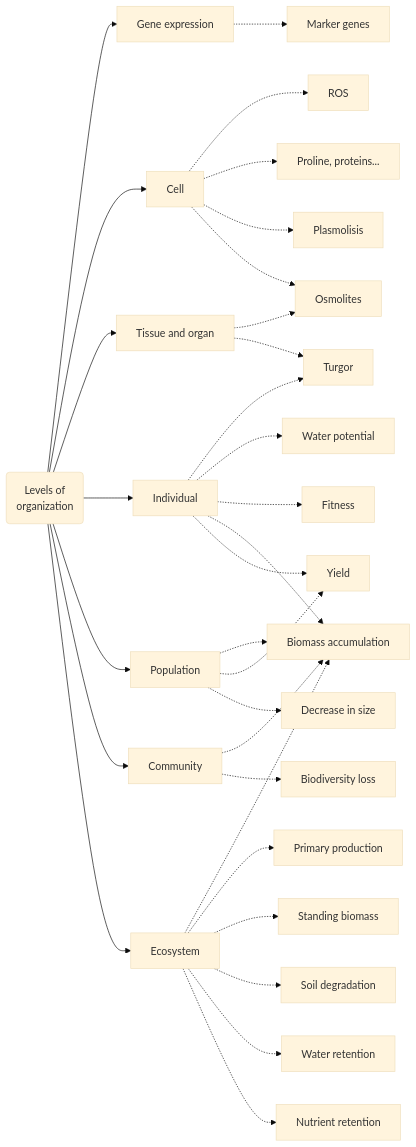
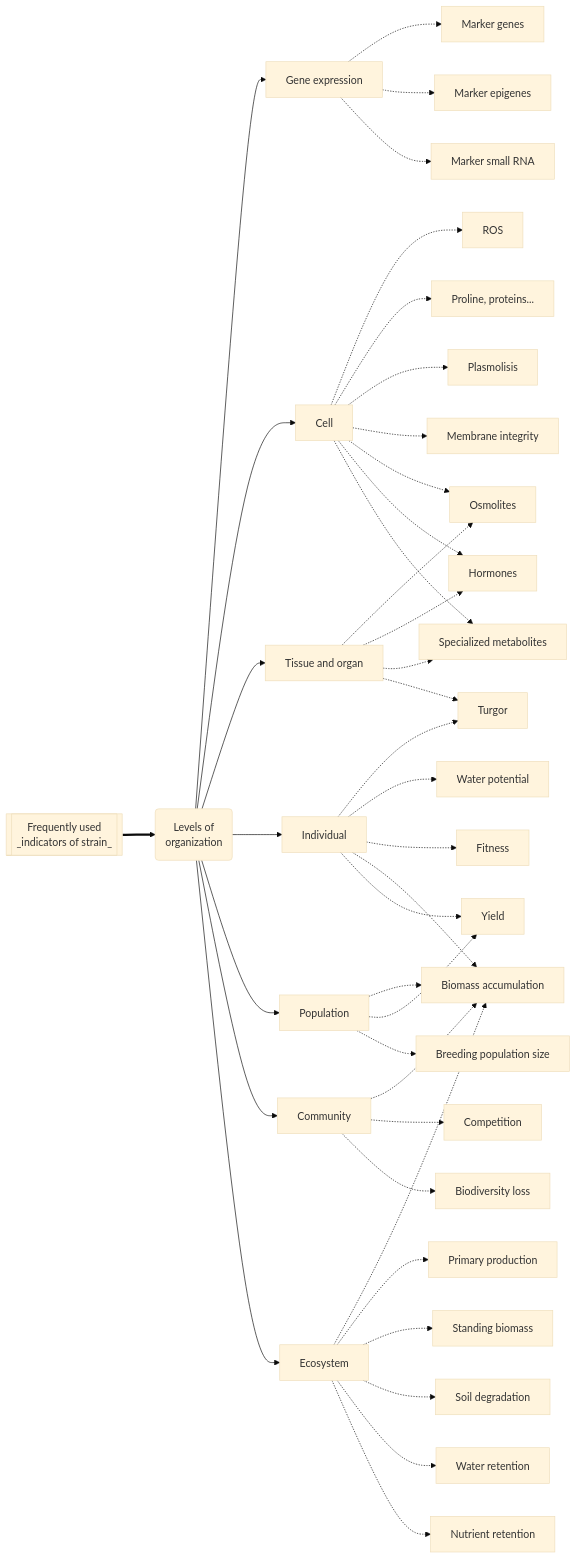
One commit to aphalo/stress-definition-quarto changed the first of 4 diagrams in index.qmd. Above: the diagram before and after it, drawn with Mermaid (base theme). The commit also changed other lines of this file and 26 other files, not shown here.

Commit message:
Revise diagrams, add .bib file, add some text on detecting stress

````diff
--- a/index.qmd
+++ b/index.qmd
@@ -98,34 +137,45 @@
 ```{mermaid}
+%%| label: fig-indicators-of-stress
+%%| fig-cap: "Diagram showing commonly used indicators of strain at different levels of organization. The rightmost column of boxes shows variables or parameters used to diagnose _strain_ or the existance of stress in plants and their assemblages."
 %%{init: {"flowchart": {"htmlLabels": false}} }%%
 flowchart LR
+  O[[Frequently used<br>_indicators of strain_]] ==> A
   A(Levels of<br/>organization) --> B1[Gene expression]
   A --> B2[Cell]
   A --> B3[Tissue and organ]
   A --> B4[Individual]
   A --> B5[Population]
   A --> B6[Community]
   A --> B7[Ecosystem]
   B1 -.-> B1a[Marker genes]
+  B1 -.-> B1b[Marker epigenes]
+  B1 -.-> B1c[Marker small RNA]
   B2 -.-> B2a[ROS]
   B2 -.-> B2b[Proline, proteins...]
   B2 -.-> B2c[Plasmolisis]
-  B2 -.-> B23[Osmolites]
-  B3 -.-> B23
+  B2 -.-> B2d[Membrane integrity]
+  B2 -.-> B23a[Osmolites]
+  B2 -.-> B23b[Hormones]
+  B2 -.-> B23c[Specialized metabolites]
+  B3 -.-> B23a
+  B3 -.-> B23b
+  B3 -.-> B23c
   B3 -.-> B34[Turgor]
   B4 -.-> B34
   B4 -.-> B4a[Water potential]
   B4 -.-> B4b[Fitness]
   B4 -.-> B4c[Biomass accumulation]
   B4 -.-> B4d[Yield]
   B5 -.-> B4c
   B5 -.-> B4d
-  B5 -.-> B5a[Decrease in size]
+  B5 -.-> B5a[Breeding population size]
   B6 -.-> B4c
+  B6 -.-> B6b[Competition]
   B6 -.-> B6a[Biodiversity loss]
   B7 -.-> B4c
   B7 -.-> B7a[Primary production]
   B7 -.-> B7b[Standing biomass]
   B7 -.-> B7c[Soil degradation]
   B7 -.-> B7d[Water retention]
   B7 -.-> B7e[Nutrient retention]
 ```
````
